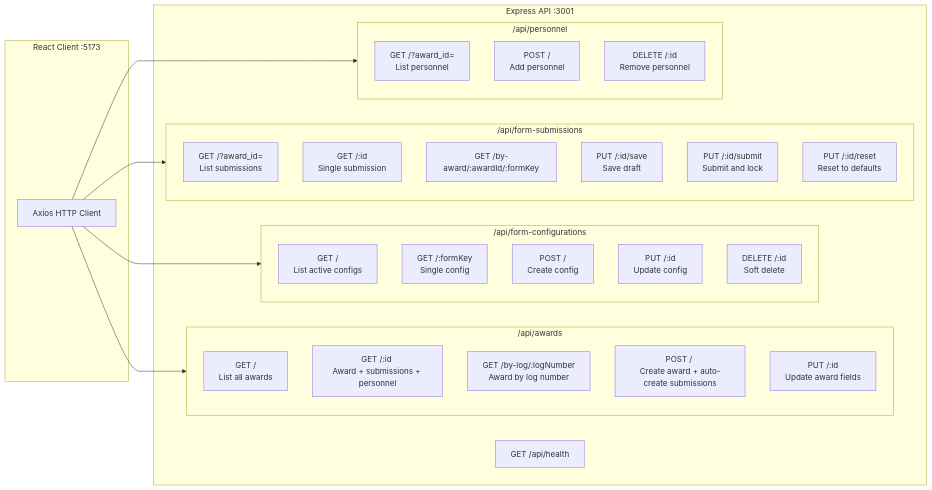
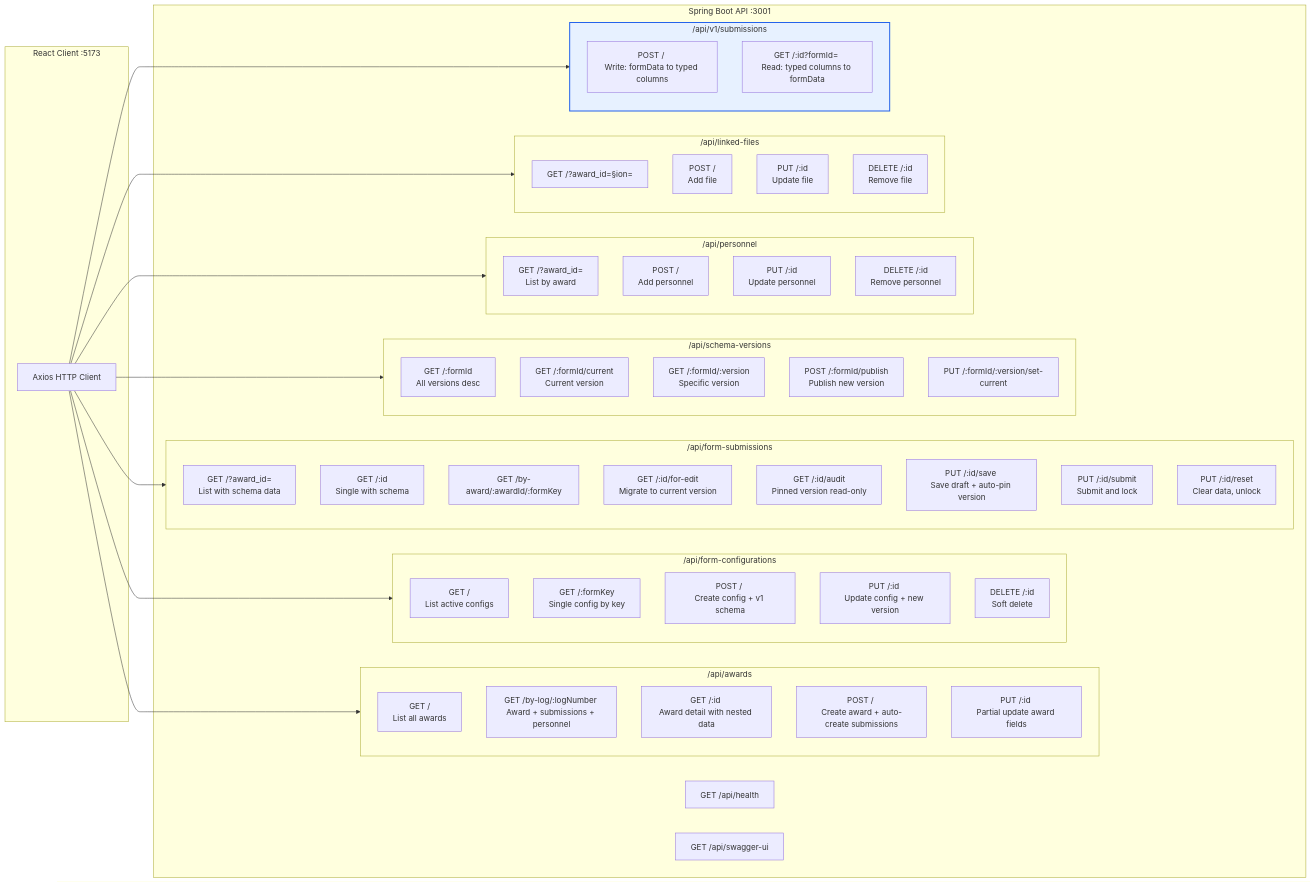
One commit to jphipps42/RJSF-POC changed the diagram in docs/diagrams/api-endpoints.md. Above: the diagram before and after it, drawn with Mermaid. The commit also changed 197 other files, not shown here.

````diff
--- a/docs/diagrams/api-endpoints.md
+++ b/docs/diagrams/api-endpoints.md
@@ -1,46 +1,75 @@
 ```mermaid
 graph LR
     subgraph Client["React Client :5173"]
         AX[Axios HTTP Client]
     end
 
-    subgraph API["Express API :3001"]
+    subgraph API["Spring Boot API :3001"]
         subgraph Awards["/api/awards"]
             A1["GET / <br/>List all awards"]
-            A2["GET /:id <br/>Award + submissions + personnel"]
-            A3["GET /by-log/:logNumber <br/>Award by log number"]
+            A2["GET /by-log/:logNumber <br/>Award + submissions + personnel"]
+            A3["GET /:id <br/>Award detail with nested data"]
             A4["POST / <br/>Create award + auto-create submissions"]
-            A5["PUT /:id <br/>Update award fields"]
+            A5["PUT /:id <br/>Partial update award fields"]
         end
 
         subgraph FormConfig["/api/form-configurations"]
             FC1["GET / <br/>List active configs"]
-            FC2["GET /:formKey <br/>Single config"]
-            FC3["POST / <br/>Create config"]
-            FC4["PUT /:id <br/>Update config"]
+            FC2["GET /:formKey <br/>Single config by key"]
+            FC3["POST / <br/>Create config + v1 schema"]
+            FC4["PUT /:id <br/>Update config + new version"]
             FC5["DELETE /:id <br/>Soft delete"]
         end
 
         subgraph FormSub["/api/form-submissions"]
-            FS1["GET /?award_id= <br/>List submissions"]
-            FS2["GET /:id <br/>Single submission"]
+            FS1["GET /?award_id= <br/>List with schema data"]
+            FS2["GET /:id <br/>Single with schema"]
             FS3["GET /by-award/:awardId/:formKey"]
-            FS4["PUT /:id/save <br/>Save draft"]
-            FS5["PUT /:id/submit <br/>Submit and lock"]
-            FS6["PUT /:id/reset <br/>Reset to defaults"]
+            FS4["GET /:id/for-edit <br/>Migrate to current version"]
+            FS5["GET /:id/audit <br/>Pinned version read-only"]
+            FS6["PUT /:id/save <br/>Save draft + auto-pin version"]
+            FS7["PUT /:id/submit <br/>Submit and lock"]
+            FS8["PUT /:id/reset <br/>Clear data, unlock"]
+        end
+
+        subgraph SchemaVer["/api/schema-versions"]
+            SV1["GET /:formId <br/>All versions desc"]
+            SV2["GET /:formId/current <br/>Current version"]
+            SV3["GET /:formId/:version <br/>Specific version"]
+            SV4["POST /:formId/publish <br/>Publish new version"]
+            SV5["PUT /:formId/:version/set-current"]
         end
 
         subgraph Personnel["/api/personnel"]
-            P1["GET /?award_id= <br/>List personnel"]
+            P1["GET /?award_id= <br/>List by award"]
             P2["POST / <br/>Add personnel"]
-            P3["DELETE /:id <br/>Remove personnel"]
+            P3["PUT /:id <br/>Update personnel"]
+            P4["DELETE /:id <br/>Remove personnel"]
+        end
+
+        subgraph LinkedFiles["/api/linked-files"]
+            LF1["GET /?award_id=&section="]
+            LF2["POST / <br/>Add file"]
+            LF3["PUT /:id <br/>Update file"]
+            LF4["DELETE /:id <br/>Remove file"]
+        end
+
+        subgraph Transformer["/api/v1/submissions"]
+            T1["POST / <br/>Write: formData to typed columns"]
+            T2["GET /:id?formId= <br/>Read: typed columns to formData"]
         end
 
         H["GET /api/health"]
+        SW["GET /api/swagger-ui"]
     end
 
     AX --> Awards
     AX --> FormConfig
     AX --> FormSub
+    AX --> SchemaVer
     AX --> Personnel
+    AX --> LinkedFiles
+    AX --> Transformer
+
+    style Transformer fill:#e7f1ff,stroke:#2563eb,stroke-width:2px
 ```
````
